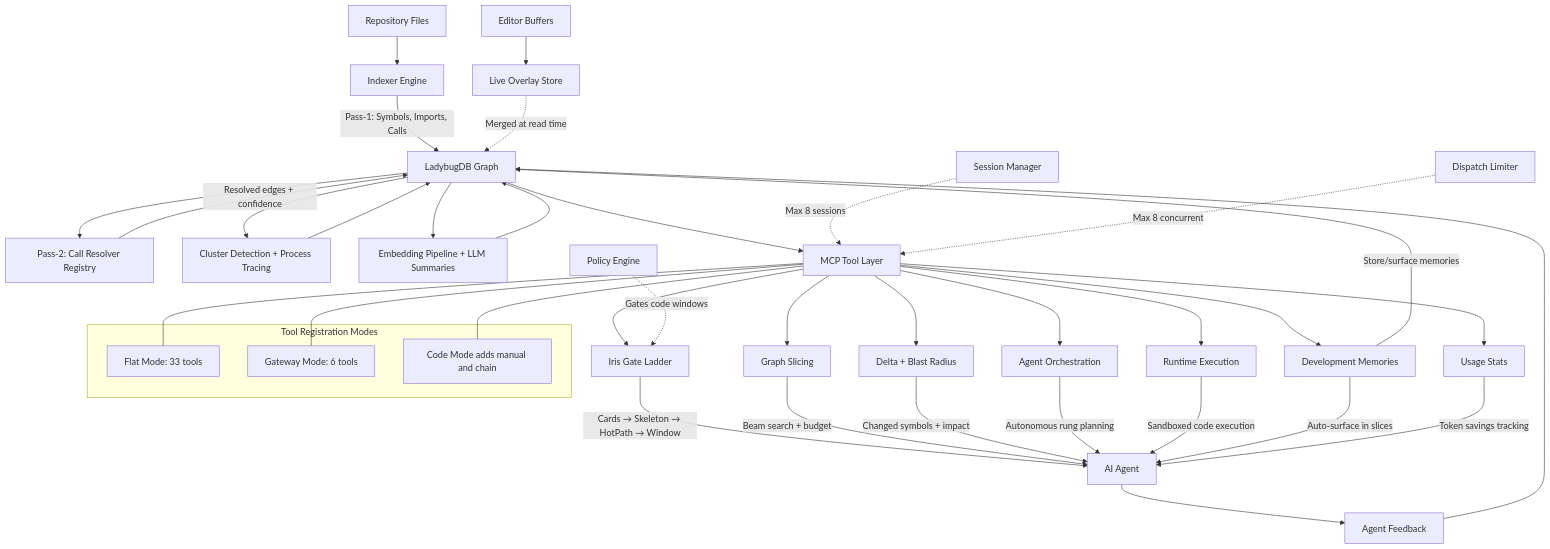
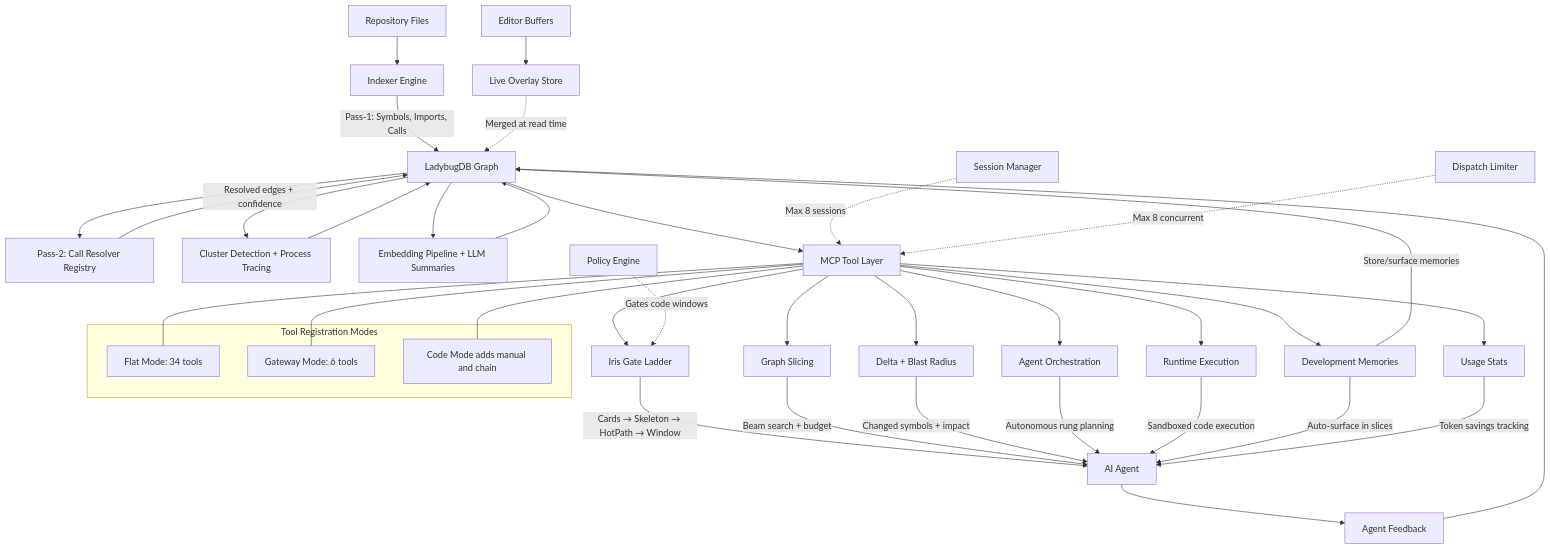
The diagram in docs/architecture.md (GlitterKill/sdl-mcp), drawn with Mermaid before and after one commit. The commit also changed other lines of this file and 127 other files, not shown here.

````diff
--- a/docs/architecture.md
+++ b/docs/architecture.md
@@ -742,57 +742,57 @@
 ```mermaid
 graph TD
     A[Repository Files] --> B[Indexer Engine]
     B --> |Pass-1: Symbols, Imports, Calls| C[LadybugDB Graph]
 
     E[Editor Buffers] --> F[Live Overlay Store]
     F -.-> |Merged at read time| C
 
     C --> G[Pass-2: Call Resolver Registry]
     G --> |Resolved edges + confidence| C
 
     C --> H[Cluster Detection + Process Tracing]
     H --> C
 
     C --> I[Embedding Pipeline + LLM Summaries]
     I --> C
 
     C --> J[MCP Tool Layer]
 
     subgraph Tool Registration Modes
-        J1[Flat Mode: 33 tools]
+        J1[Flat Mode: 34 tools]
         J2[Gateway Mode: 6 tools]
         J3[Code Mode adds manual and chain]
     end
     J --- J1
     J --- J2
     J --- J3
 
     J --> K[Iris Gate Ladder]
     K --> |Cards → Skeleton → HotPath → Window| L[AI Agent]
 
     J --> M[Graph Slicing]
     M --> |Beam search + budget| L
 
     J --> N[Delta + Blast Radius]
     N --> |Changed symbols + impact| L
 
     J --> O[Agent Orchestration]
     O --> |Autonomous rung planning| L
 
     J --> U[Runtime Execution]
     U --> |Sandboxed code execution| L
 
     L --> P[Agent Feedback]
     P --> C
 
     J --> T[Development Memories]
     T --> |Store/surface memories| C
     T --> |Auto-surface in slices| L
 
     J --> V[Usage Stats]
     V --> |Token savings tracking| L
 
     Q[Policy Engine] -.-> |Gates code windows| K
     R[Session Manager] -.-> |Max 8 sessions| J
     S[Dispatch Limiter] -.-> |Max 8 concurrent| J
 ```
````
